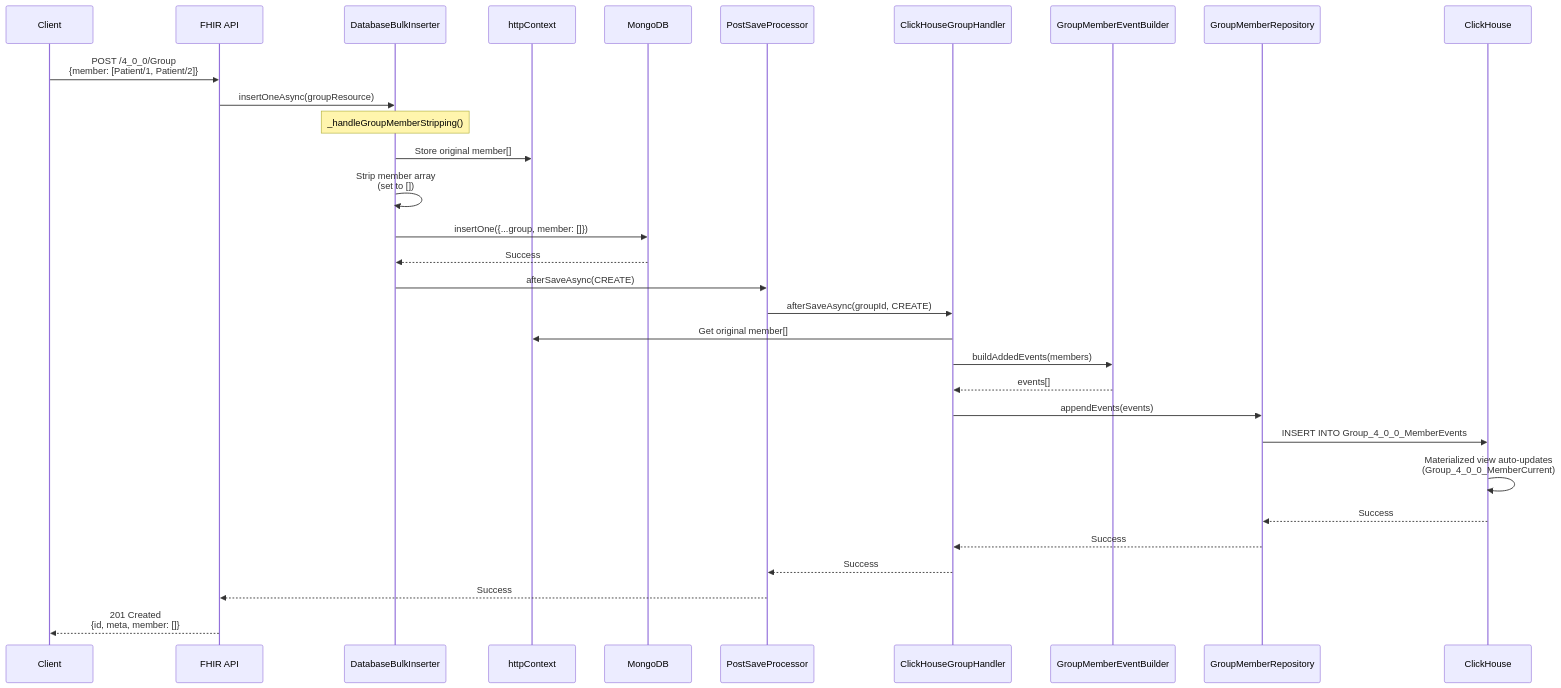
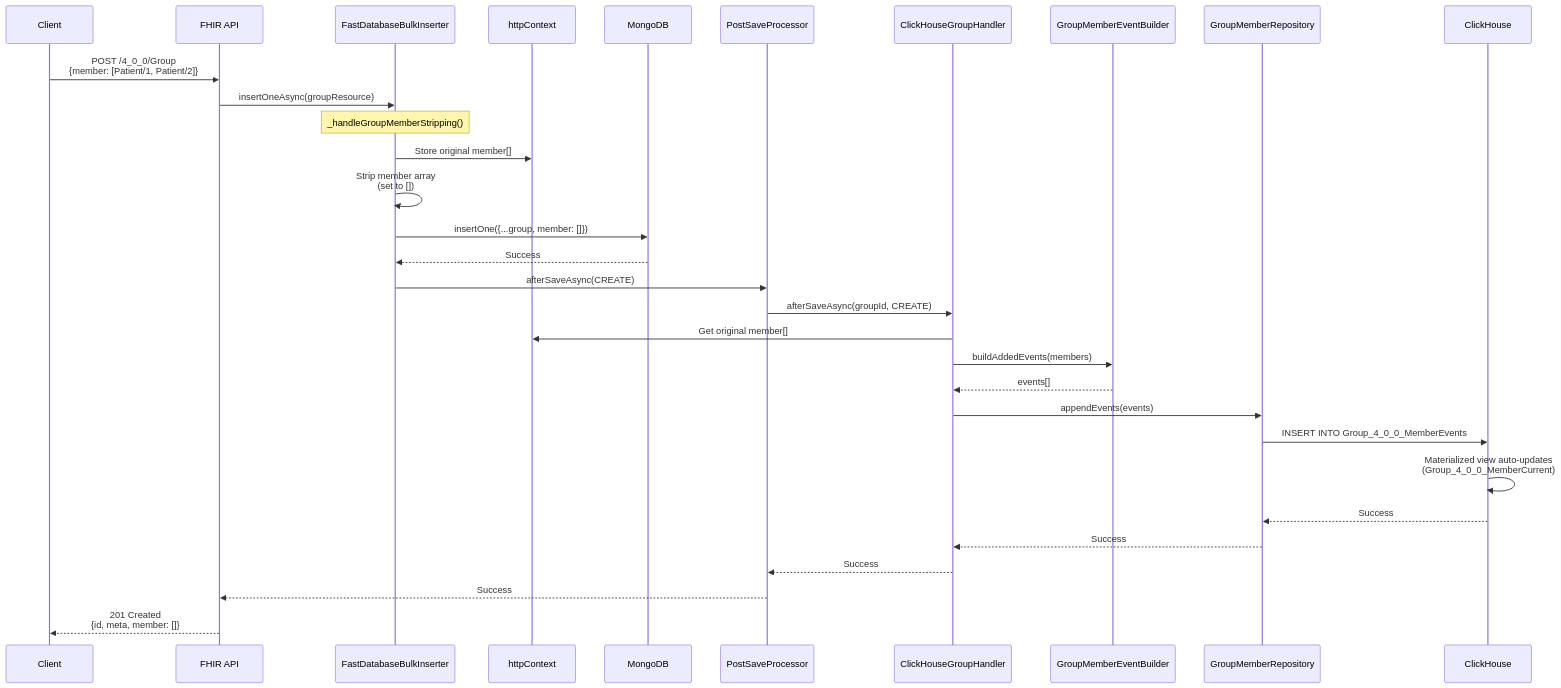
One commit to icanbwell/fhir-server changed the first of 3 diagrams in readme/clickhouse.md. Above: the diagram before and after it, drawn with Mermaid. The commit also changed 45 other files, not shown here.

````diff
--- a/readme/clickhouse.md
+++ b/readme/clickhouse.md
@@ -393,40 +393,40 @@
 ```mermaid
 sequenceDiagram
     participant Client
     participant API as FHIR API
-    participant BulkInserter as DatabaseBulkInserter
+    participant BulkInserter as FastDatabaseBulkInserter
     participant Context as httpContext
     participant Mongo as MongoDB
     participant PostSave as PostSaveProcessor
     participant Handler as ClickHouseGroupHandler
     participant Builder as GroupMemberEventBuilder
     participant Repo as GroupMemberRepository
     participant CH as ClickHouse
 
     Client->>API: POST /4_0_0/Group<br/>{member: [Patient/1, Patient/2]}
     API->>BulkInserter: insertOneAsync(groupResource)
 
     Note over BulkInserter: _handleGroupMemberStripping()
     BulkInserter->>Context: Store original member[]
     BulkInserter->>BulkInserter: Strip member array<br/>(set to [])
 
     BulkInserter->>Mongo: insertOne({...group, member: []})
     Mongo-->>BulkInserter: Success
 
     BulkInserter->>PostSave: afterSaveAsync(CREATE)
     PostSave->>Handler: afterSaveAsync(groupId, CREATE)
 
     Handler->>Context: Get original member[]
     Handler->>Builder: buildAddedEvents(members)
     Builder-->>Handler: events[]
 
     Handler->>Repo: appendEvents(events)
     Repo->>CH: INSERT INTO Group_4_0_0_MemberEvents
     CH->>CH: Materialized view auto-updates<br/>(Group_4_0_0_MemberCurrent)
     CH-->>Repo: Success
 
     Repo-->>Handler: Success
     Handler-->>PostSave: Success
     PostSave-->>API: Success
     API-->>Client: 201 Created<br/>{id, meta, member: []}
 ```
````
